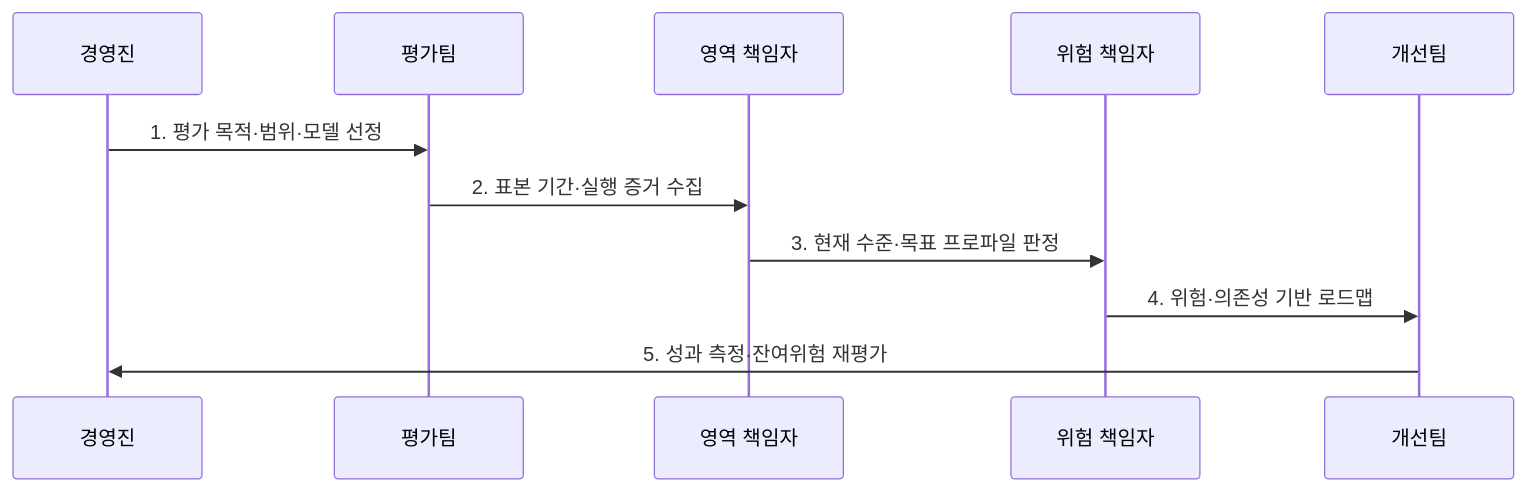
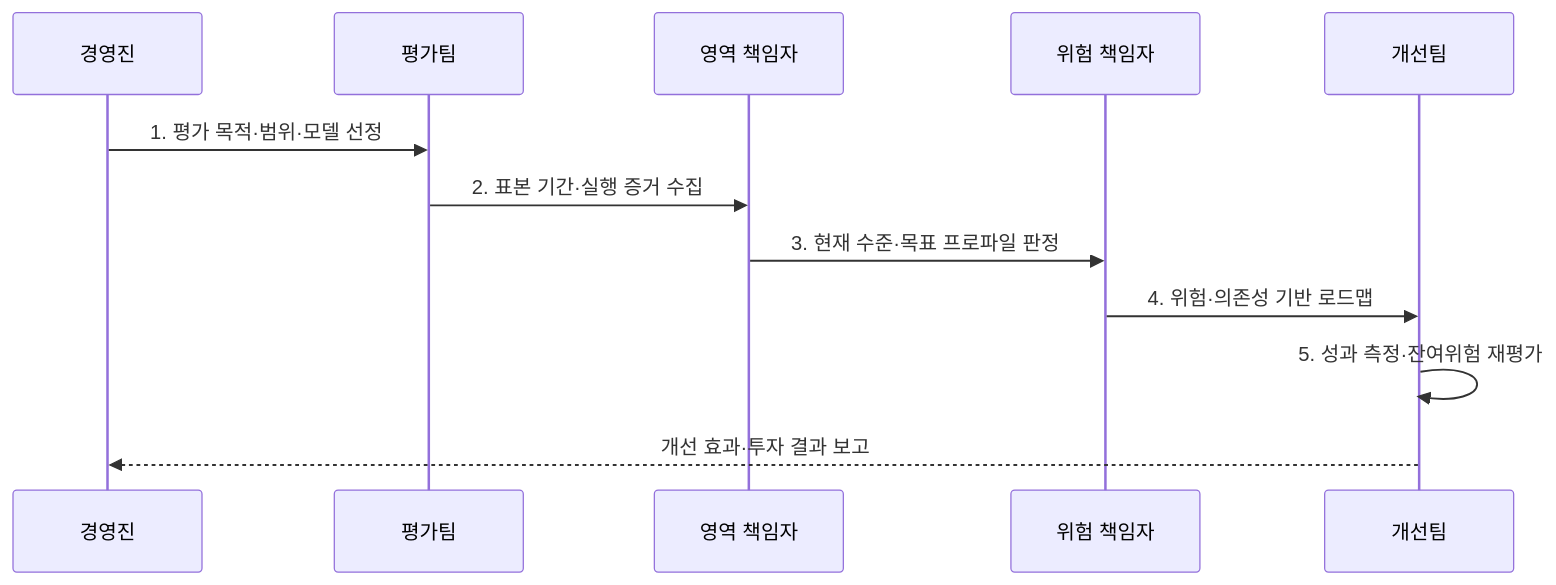
One commit to agnusdei1207/knowledge-base changed the second of 2 diagrams in src/content/docs/notes/05-security/147_security_maturity_model.md. Above: the diagram before and after it, drawn with Mermaid. The commit also changed other lines of this file and 7 other files, not shown here.

````diff
--- a/src/content/docs/notes/05-security/147_security_maturity_model.md
+++ b/src/content/docs/notes/05-security/147_security_maturity_model.md
@@ -81,13 +81,14 @@
 ```mermaid
 sequenceDiagram
   participant M as 경영진
   participant A as 평가팀
   participant O as 영역 책임자
   participant R as 위험 책임자
   participant I as 개선팀
   M->>A: 1. 평가 목적·범위·모델 선정
   A->>O: 2. 표본 기간·실행 증거 수집
   O->>R: 3. 현재 수준·목표 프로파일 판정
   R->>I: 4. 위험·의존성 기반 로드맵
-  I->>M: 5. 성과 측정·잔여위험 재평가
+  I->>I: 5. 성과 측정·잔여위험 재평가
+  I-->>M: 개선 효과·투자 결과 보고
 ```
````
